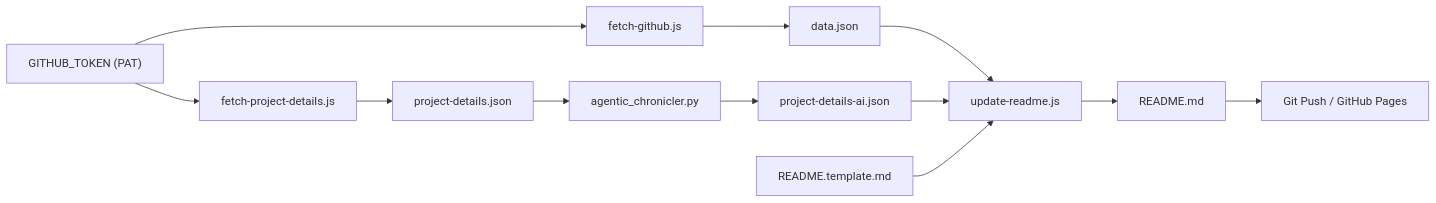
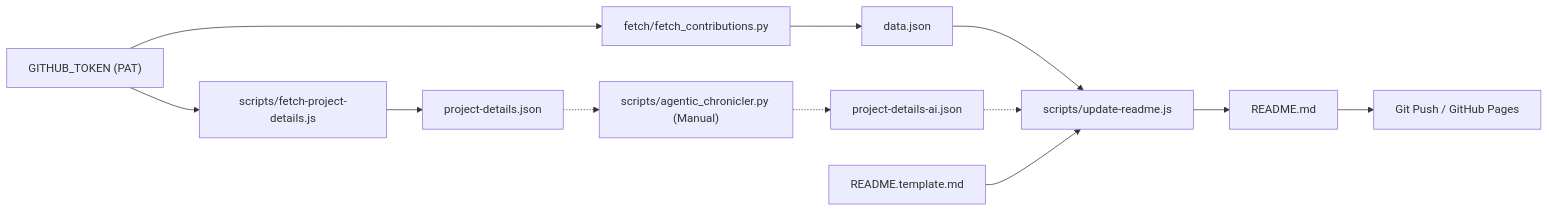
One commit to akashagl92/Portfolio changed the fifth of 6 diagrams in .pai/docs/SYSTEM_ARCHITECTURE.md. Above: the diagram before and after it, drawn with Mermaid. The commit also changed other lines of this file and 25 other files, not shown here.

Commit message:
feat: Fix calendar layout, unbreak sync script, update architecture docs, and re-model Autonomous Trading card

````diff
--- a/.pai/docs/SYSTEM_ARCHITECTURE.md
+++ b/.pai/docs/SYSTEM_ARCHITECTURE.md
@@ -102,14 +102,14 @@
 ```mermaid
 graph LR
-    GH_TOKEN["GITHUB_TOKEN (PAT)"] --> FG["fetch-github.js"]
-    GH_TOKEN --> FPD["fetch-project-details.js"]
+    GH_TOKEN["GITHUB_TOKEN (PAT)"] --> FG["fetch/fetch_contributions.py"]
+    GH_TOKEN --> FPD["scripts/fetch-project-details.js"]
     FG --> DATA["data.json"]
     FPD --> PD["project-details.json"]
-    PD --> AC["agentic_chronicler.py"]
-    AC --> PDAI["project-details-ai.json"]
-    DATA --> UR["update-readme.js"]
-    PDAI --> UR
+    PD -.-> AC["scripts/agentic_chronicler.py (Manual)"]
+    AC -.-> PDAI["project-details-ai.json"]
+    DATA --> UR["scripts/update-readme.js"]
+    PDAI -.-> UR
     TMPL["README.template.md"] --> UR
     UR --> README["README.md"]
     README --> Deploy["Git Push / GitHub Pages"]
 ```
````
